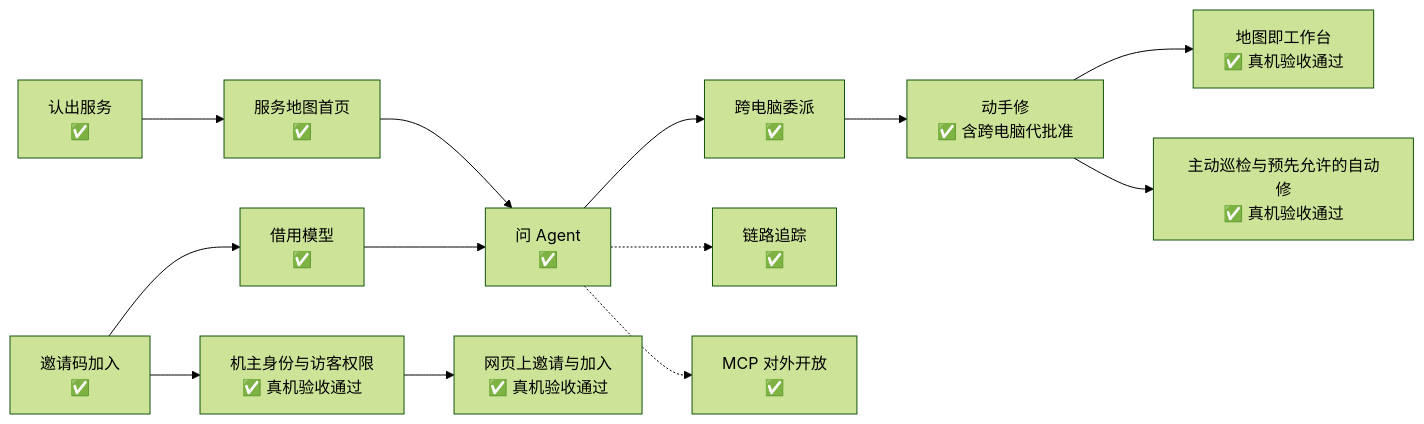
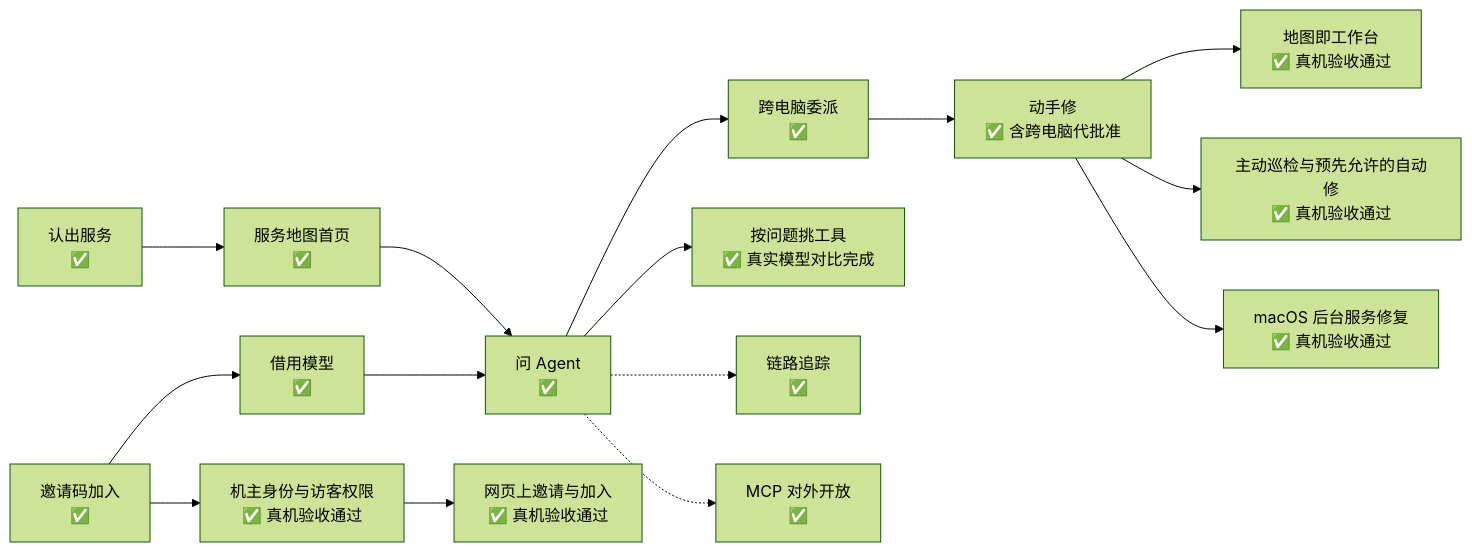
The diagram in docs/project/roadmap.md (Sugarfarmeriod/TunnelMinion), drawn with Mermaid (forest theme) before and after one commit. The commit also changed other lines of this file and 6 other files, not shown here.

First line of the commit message:
docs: 按问题挑工具与 macOS 后台服务修复的验收记录，回写路线图 (#222)

````diff
--- a/docs/project/roadmap.md
+++ b/docs/project/roadmap.md
@@ -15,15 +15,17 @@
 ```mermaid
 flowchart LR
     S["认出服务<br/>✅"] --> M["服务地图首页<br/>✅"]
     M --> Q["问 Agent<br/>✅"]
     Q --> D["跨电脑委派<br/>✅"]
     D --> R["动手修<br/>✅ 含跨电脑代批准"]
     R --> W["地图即工作台<br/>✅ 真机验收通过"]
     J["邀请码加入<br/>✅"] --> B["借用模型<br/>✅"]
     J --> I["机主身份与访客权限<br/>✅ 真机验收通过"]
     I --> G["网页上邀请与加入<br/>✅ 真机验收通过"]
     R --> P["主动巡检与预先允许的自动修<br/>✅ 真机验收通过"]
+    R --> L["macOS 后台服务修复<br/>✅ 真机验收通过"]
+    Q --> T["按问题挑工具<br/>✅ 真实模型对比完成"]
     B --> Q
     Q -.-> O["链路追踪<br/>✅"]
     Q -.-> X["MCP 对外开放<br/>✅"]
 ```
````
